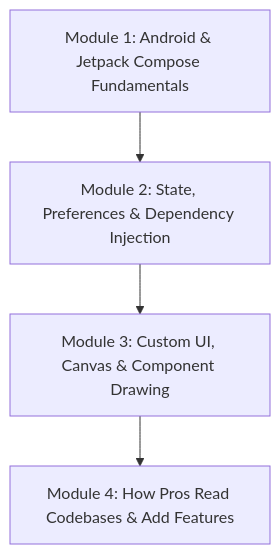
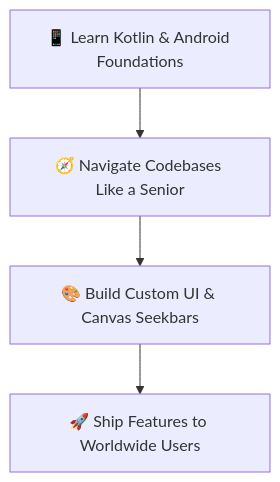
The diagram in docs/android-course/index.md (easoyeb/dev-likeAPro), drawn with Mermaid before and after one commit. The commit also changed other lines of this file and 8 other files, not shown here.

Commit message:
feat(docs): integrate vitepress-mermaid-renderer for interactive diagrams

````diff
--- a/docs/android-course/index.md
+++ b/docs/android-course/index.md
@@ -9,6 +18,6 @@
 ```mermaid
 flowchart TD
-    M1["Module 1: Android & Jetpack Compose Fundamentals"] --> M2["Module 2: State, Preferences & Dependency Injection"]
-    M2 --> M3["Module 3: Custom UI, Canvas & Component Drawing"]
-    M3 --> M4["Module 4: How Pros Read Codebases & Add Features"]
+    A["📱 Learn Kotlin & Android Foundations"] --> B["🧭 Navigate Codebases Like a Senior"]
+    B --> C["🎨 Build Custom UI & Canvas Seekbars"]
+    C --> D["🚀 Ship Features to Worldwide Users"]
 ```
````
